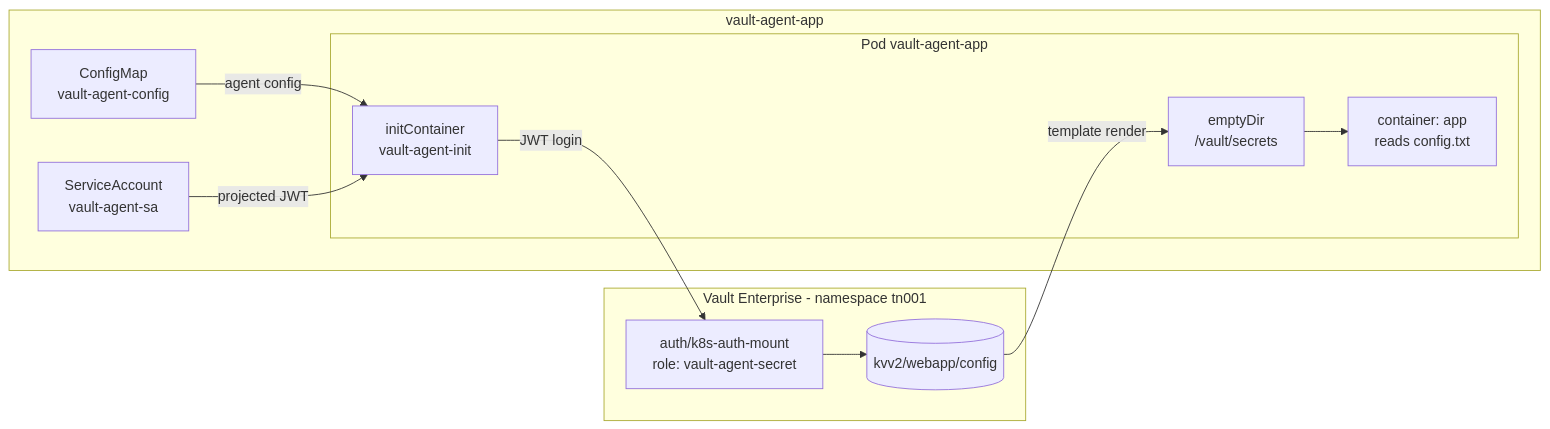
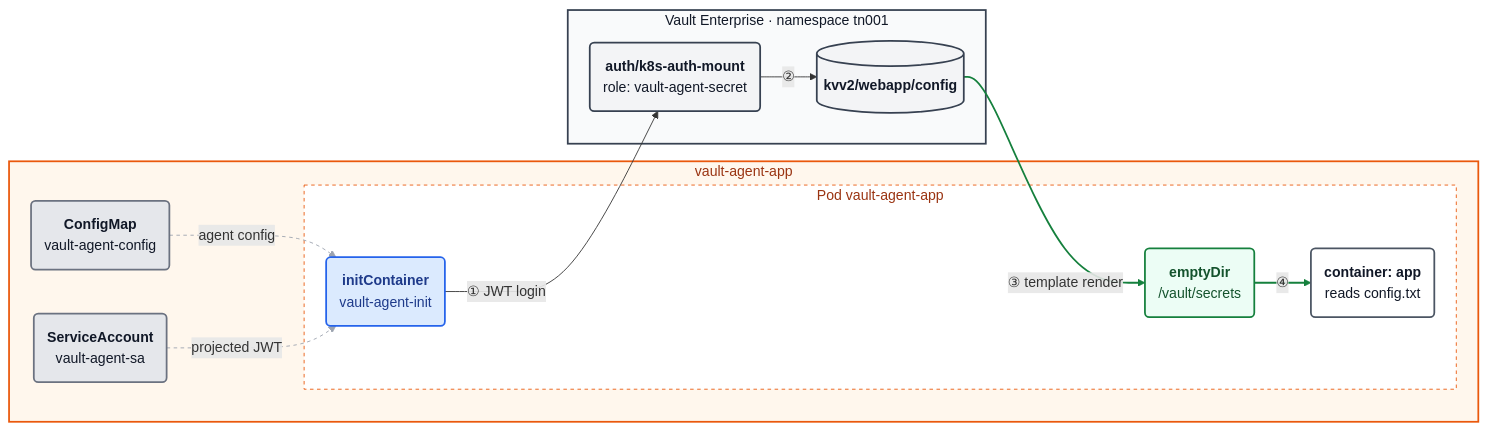
The diagram in docs/vault-agent-secrets.md (nhsy-hcp/learn-vault-secrets-operator), drawn with Mermaid before and after one commit. The commit also changed other lines of this file and 22 other files, not shown here.

````diff
--- a/docs/vault-agent-secrets.md
+++ b/docs/vault-agent-secrets.md
@@ -14,25 +14,41 @@
 ```mermaid
 flowchart LR
-  subgraph vault["Vault Enterprise - namespace tn001"]
-    KV[("kvv2/webapp/config")]
-    ROLE["auth/k8s-auth-mount<br/>role: vault-agent-secret"]
-  end
-
+  classDef app fill:#ffffff,stroke:#4b5563,stroke-width:2px,color:#111827
+  classDef vso fill:#dbeafe,stroke:#2563eb,stroke-width:2px,color:#1e3a8a
+  classDef vault fill:#f3f4f6,stroke:#374151,stroke-width:2px,color:#111827
+  classDef out fill:#ecfdf5,stroke:#15803d,stroke-width:2px,color:#14532d
+  classDef k8s fill:#e5e7eb,stroke:#6b7280,stroke-width:2px,color:#111827
   subgraph app["vault-agent-app"]
-    CM["ConfigMap<br/>vault-agent-config"]
-    SA["ServiceAccount<br/>vault-agent-sa"]
+    CM("<b>ConfigMap</b><br/>vault-agent-config")
+    SA("<b>ServiceAccount</b><br/>vault-agent-sa")
 
     subgraph pod["Pod vault-agent-app"]
-      INIT["initContainer<br/>vault-agent-init"]
-      VOL["emptyDir<br/>/vault/secrets"]
-      APP["container: app<br/>reads config.txt"]
+      INIT("<b>initContainer</b><br/>vault-agent-init")
+      VOL("<b>emptyDir</b><br/>/vault/secrets")
+      APP("<b>container: app</b><br/>reads config.txt")
     end
   end
 
-  CM -->|agent config| INIT
-  SA -->|projected JWT| INIT
-  INIT -->|JWT login| ROLE
-  ROLE --> KV
-  KV -->|template render| VOL
-  VOL --> APP
+  subgraph vault["Vault Enterprise · namespace tn001"]
+    ROLE("<b>auth/k8s-auth-mount</b><br/>role: vault-agent-secret")
+    KV[("<b>kvv2/webapp/config</b>")]
+  end
+
+  CM -.->|agent config| INIT
+  SA -.->|projected JWT| INIT
+  INIT -->|① JWT login| ROLE
+  ROLE -->|②| KV
+  KV -->|③ template render| VOL
+  VOL -->|④| APP
+
+  class CM,SA k8s
+  class INIT vso
+  class APP app
+  class ROLE,KV vault
+  class VOL out
+  style app fill:#fff7ed,stroke:#ea580c,stroke-width:2px,color:#9a3412
+  style pod fill:#ffffff,stroke:#ea580c,stroke-width:1px,stroke-dasharray:4,color:#9a3412
+  style vault fill:#f9fafb,stroke:#374151,stroke-width:2px,color:#111827
+  linkStyle 0,1 stroke:#9ca3af,stroke-dasharray:4
+  linkStyle 4,5 stroke:#15803d,stroke-width:2px
 ```
````
